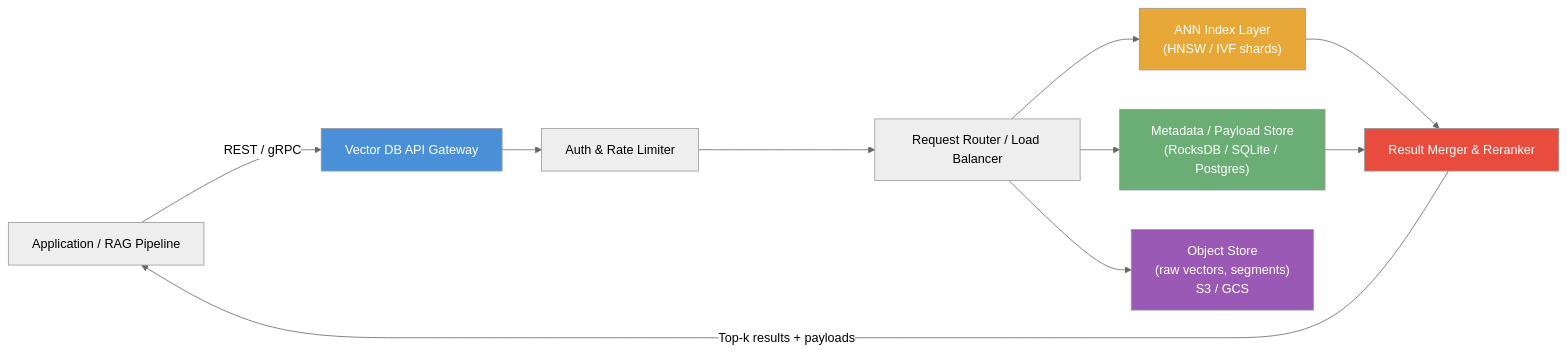
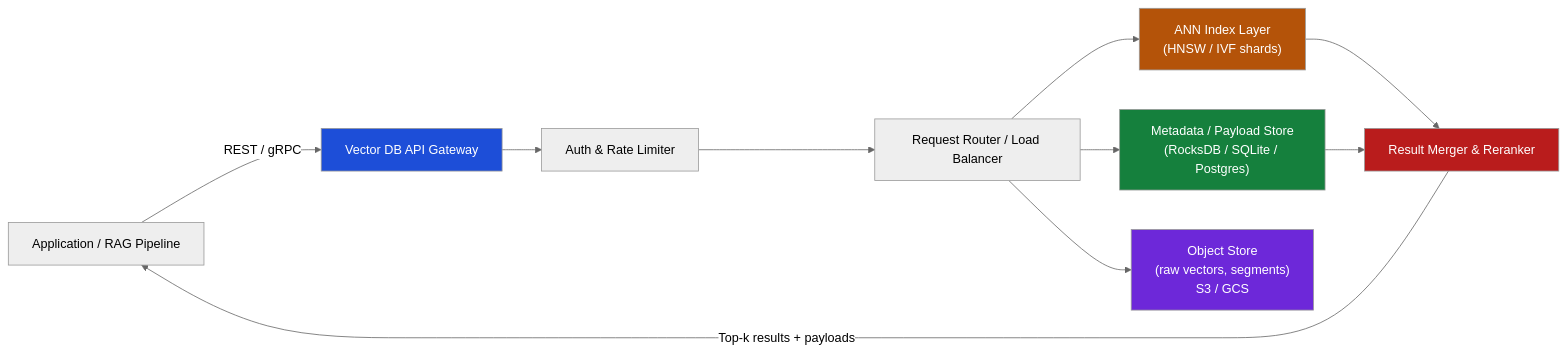
Before and after one commit to GyanendraChaubey/AI-System-Design-Notes: the first of 6 diagrams in docs/05-retrieval-systems/02-vector-databases.md, drawn with Mermaid (neutral theme). The commit also changed other lines of this file and 5 other files, not shown here.

First line of the commit message:
Fix Mermaid diagram rendering errors and dark/light mode color contrast (Sections 1-10)

````diff
--- a/docs/05-retrieval-systems/02-vector-databases.md
+++ b/docs/05-retrieval-systems/02-vector-databases.md
@@ -78,18 +78,18 @@
 ```mermaid
 flowchart LR
     App["Application / RAG Pipeline"] -->|"REST / gRPC"| API["Vector DB API Gateway"]
     API --> Auth["Auth & Rate Limiter"]
     Auth --> Router["Request Router / Load Balancer"]
     Router --> IndexLayer["ANN Index Layer\n(HNSW / IVF shards)"]
     Router --> MetaStore["Metadata / Payload Store\n(RocksDB / SQLite / Postgres)"]
     Router --> ObjStore["Object Store\n(raw vectors, segments)\nS3 / GCS"]
     IndexLayer --> Merger["Result Merger & Reranker"]
     MetaStore --> Merger
     Merger -->|"Top-k results + payloads"| App
 
-    style API fill:#4A90D9,color:#fff
-    style IndexLayer fill:#E8A838,color:#fff
-    style MetaStore fill:#6BAE75,color:#fff
-    style ObjStore fill:#9B59B6,color:#fff
-    style Merger fill:#E74C3C,color:#fff
+    style API fill:#1D4ED8,color:#fff
+    style IndexLayer fill:#B45309,color:#fff
+    style MetaStore fill:#15803D,color:#fff
+    style ObjStore fill:#6D28D9,color:#fff
+    style Merger fill:#B91C1C,color:#fff
 ```
````
